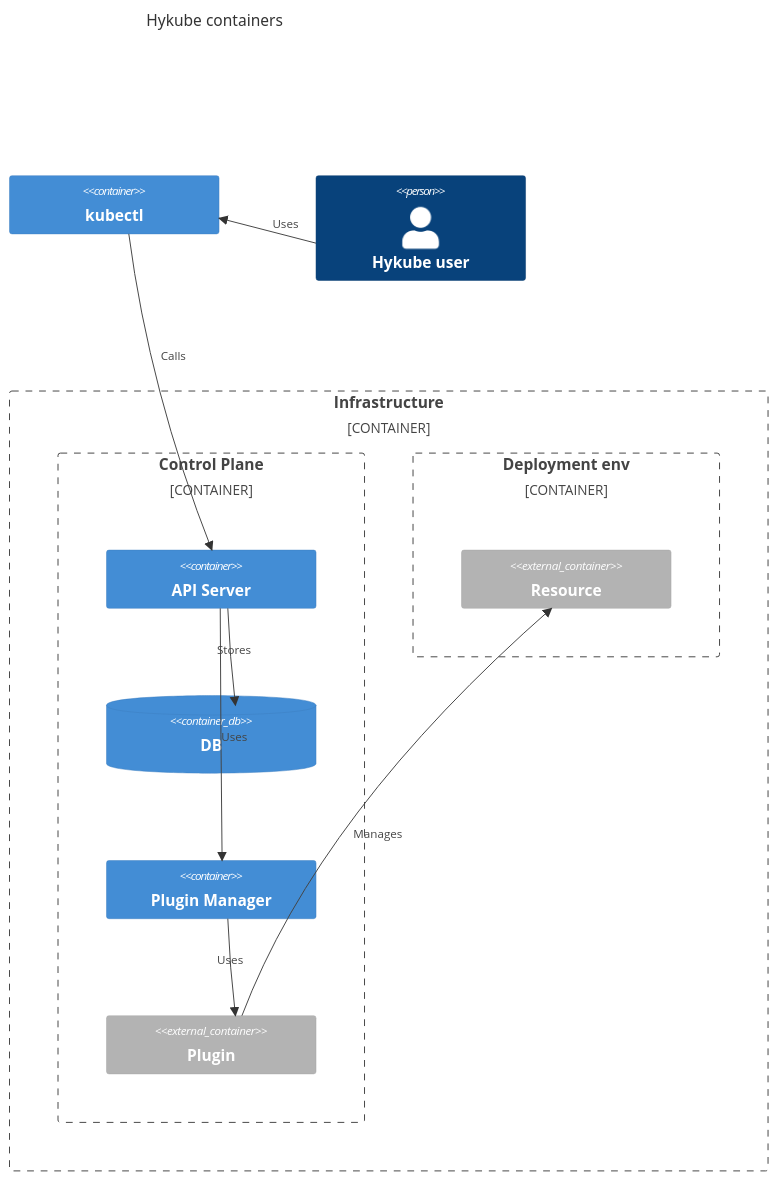
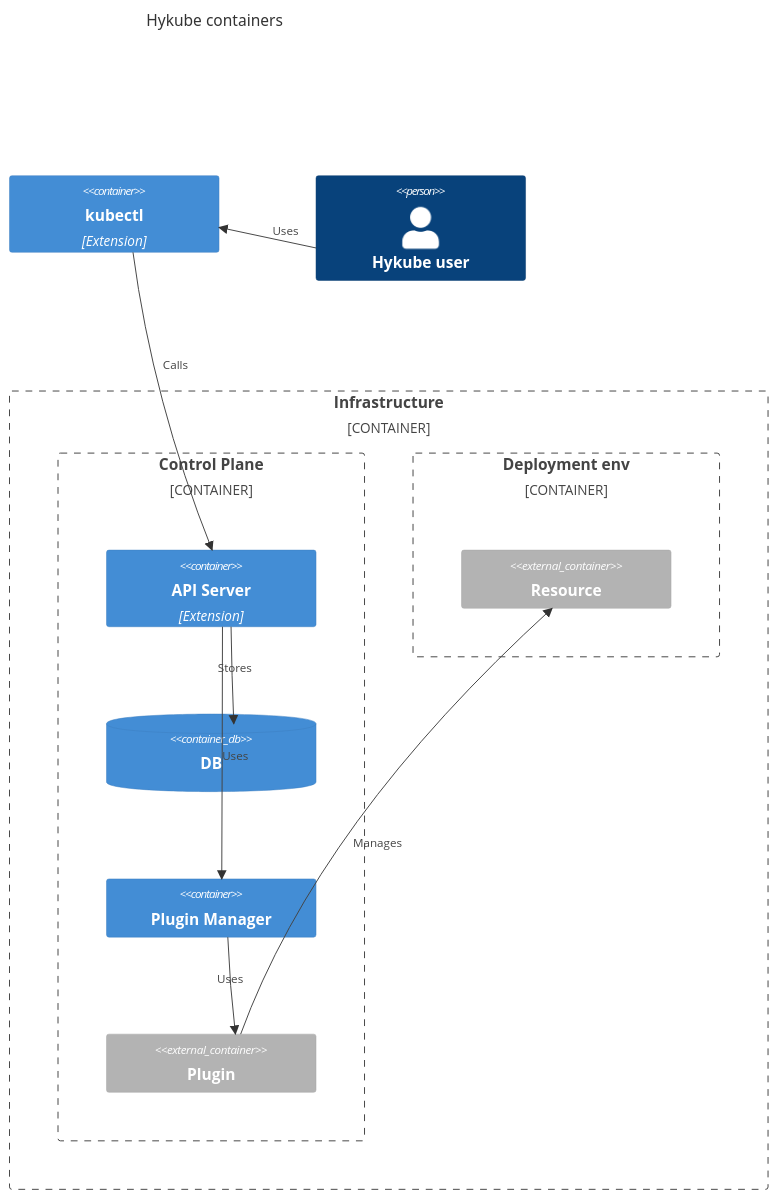
One commit to infrapot/hykube changed the second of 2 diagrams in README.md. Above: the diagram before and after it, drawn with Mermaid. The commit also changed 1 other file, not shown here.

Commit message:
fixed etcd notify interval, improved HLA

````diff
--- a/README.md
+++ b/README.md
@@ -57,39 +57,39 @@
 ```mermaid
 
 C4Container
     title Hykube containers
 
-    Container(kubectl, "kubectl")
+    Container(kubectl, "kubectl", "Extension")
 
     Person(user, "Hykube user")
 
 
     Container_Boundary(c1, "Infrastructure") {
         Container_Boundary(c2, "Control Plane") {
-            Container(api, "API Server")
+            Container(api, "API Server", "Extension")
             ContainerDb(db, "DB")
             Container(pm, "Plugin Manager")
             Container_Ext(p1, "Plugin")
         }
 
         Container_Boundary(dep, "Deployment env") {
             Container_Ext(res1, "Resource")
         }
     }
 
     Rel(user, kubectl, "Uses")
     Rel(kubectl, api, "Calls")
     Rel(api, db, "Stores")
     Rel(api, pm, "Uses")
     Rel(pm, p1, "Uses")
     Rel(p1, res1, "Manages")
 
     UpdateRelStyle(user, kubectl, $offsetY="-10", $offsetX="5")
     UpdateRelStyle(kubectl, api, $offsetY="-40", $offsetX="-10")
     UpdateRelStyle(api, db, $offsetY="-10", $offsetX="-15")
     UpdateRelStyle(pm, p1, $offsetY="-10", $offsetX="-15")
     UpdateRelStyle(p1, res1, $offsetY="20", $offsetX="-45")
 
 
     UpdateLayoutConfig($c4ShapeInRow="2", $c4BoundaryInRow="2")
 ```
````
